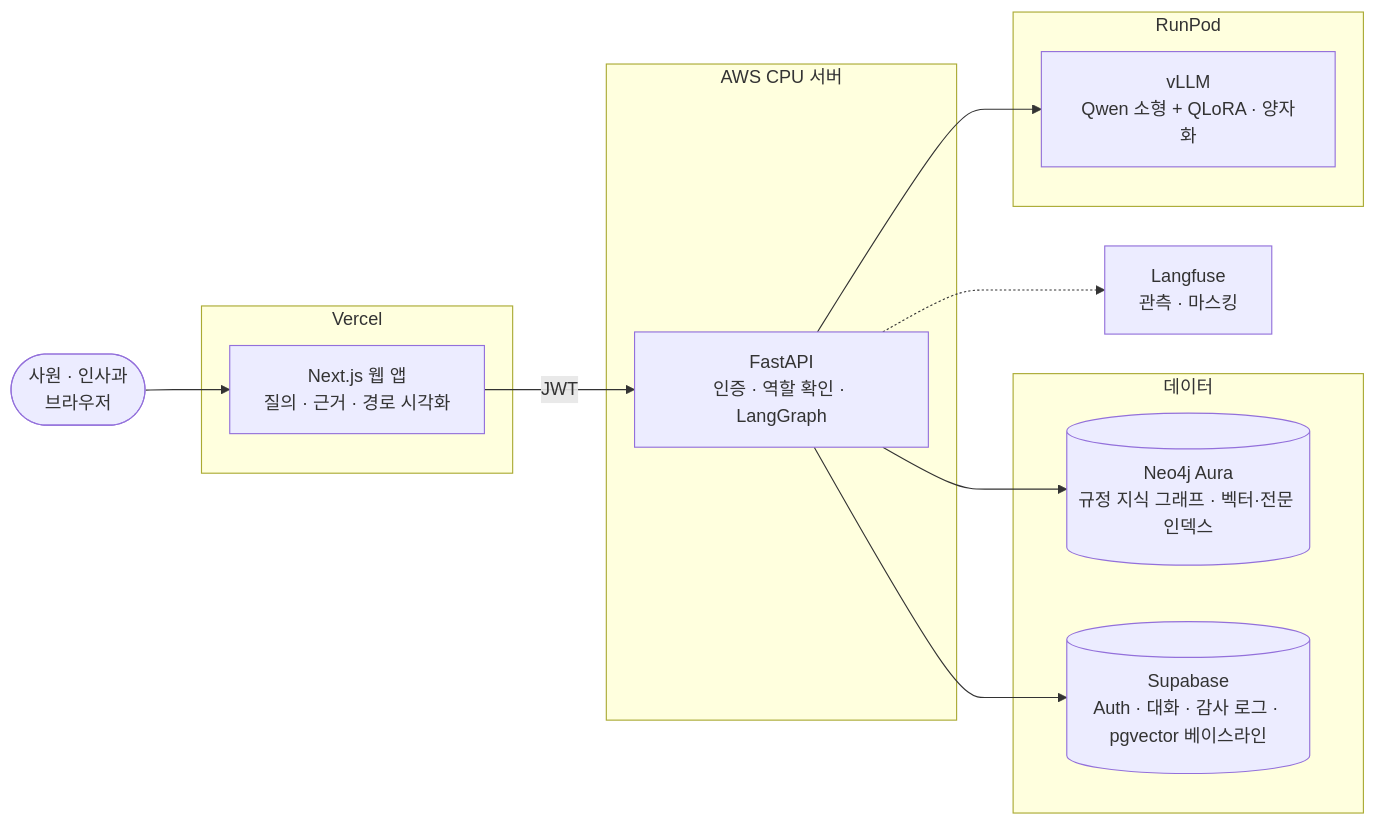
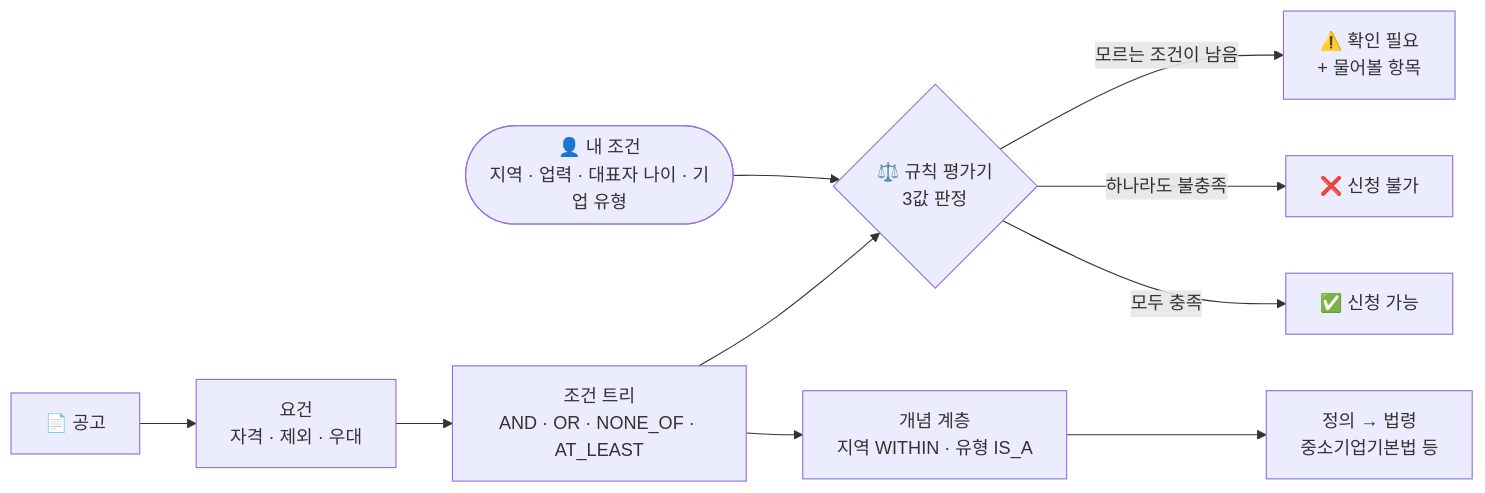
One commit to encore-ai-campus/mle-01-final-team2 changed the first of 2 diagrams in README.md. Above: the diagram before and after it, drawn with Mermaid. The commit also changed other lines of this file, not shown here.

````diff
--- a/README.md
+++ b/README.md
@@ -118,24 +40,12 @@
 ```mermaid
 flowchart LR
-  U(["사원 · 인사과<br/>브라우저"])
-  subgraph VC["Vercel"]
-    W["Next.js 웹 앱<br/>질의 · 근거 · 경로 시각화"]
-  end
-  subgraph GC["AWS CPU 서버"]
-    A["FastAPI<br/>인증 · 역할 확인 · LangGraph"]
-  end
-  subgraph DB["데이터"]
-    N[("Neo4j Aura<br/>규정 지식 그래프 · 벡터·전문 인덱스")]
-    S[("Supabase<br/>Auth · 대화 · 감사 로그 · pgvector 베이스라인")]
-  end
-  subgraph RP["RunPod"]
-    V["vLLM<br/>Qwen 소형 + QLoRA · 양자화"]
-  end
-  L["Langfuse<br/>관측 · 마스킹"]
-  U --> W
-  W -->|"JWT"| A
-  A --> N
-  A --> S
-  A --> V
-  A -.-> L
+  P(["👤 내 조건<br/>지역 · 업력 · 대표자 나이 · 기업 유형"]) --> E
+  N["📄 공고"] --> R["요건<br/>자격 · 제외 · 우대"]
+  R --> C["조건 트리<br/>AND · OR · NONE_OF · AT_LEAST"]
+  C --> K["개념 계층<br/>지역 WITHIN · 유형 IS_A"]
+  K --> D["정의 → 법령<br/>중소기업기본법 등"]
+  C --> E{"⚖️ 규칙 평가기<br/>3값 판정"}
+  E -->|모두 충족| OK["✅ 신청 가능"]
+  E -->|하나라도 불충족| NO["❌ 신청 불가"]
+  E -->|모르는 조건이 남음| CK["⚠️ 확인 필요<br/>+ 물어볼 항목"]
 ```
````
